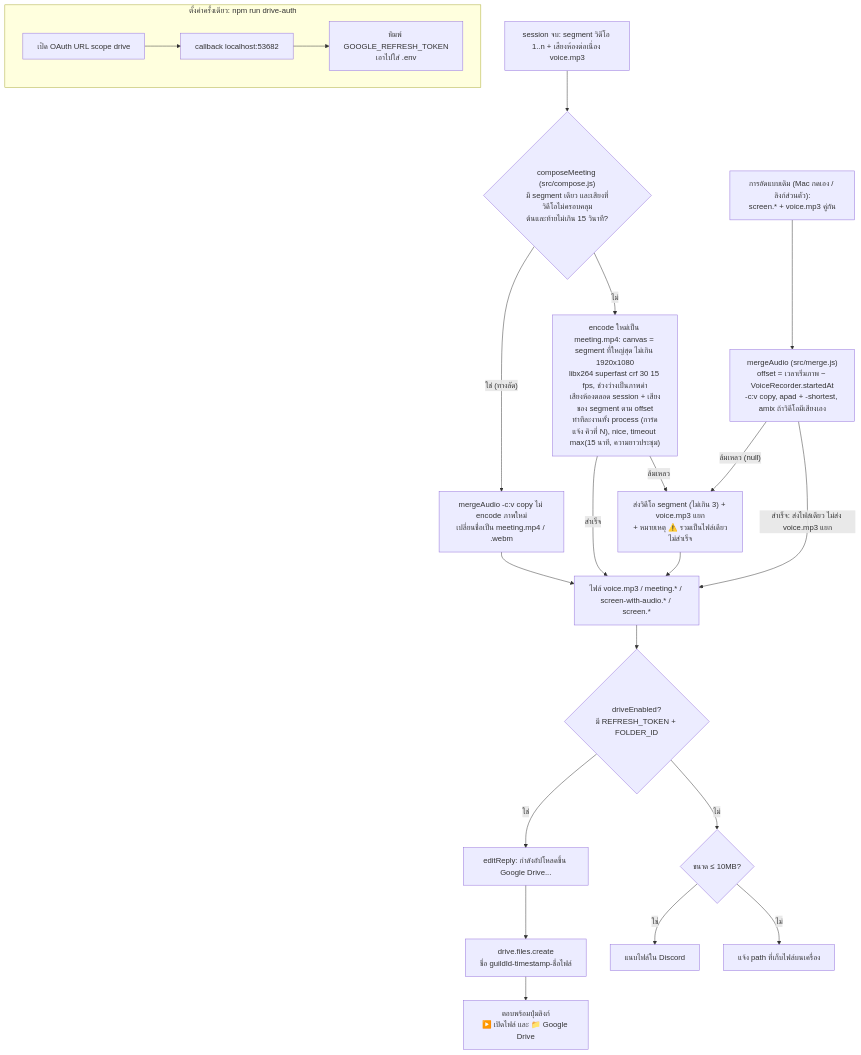
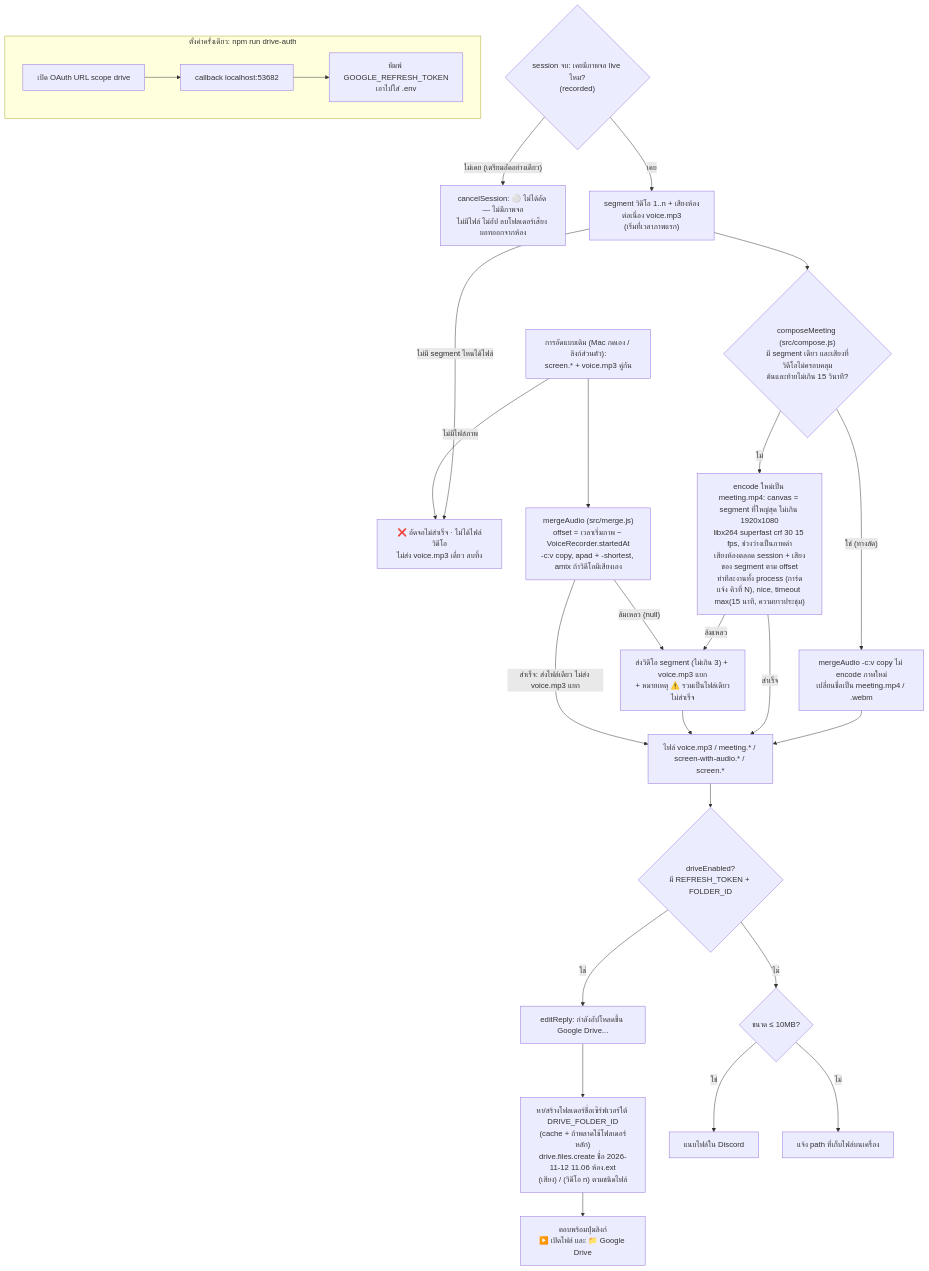
Before and after one commit to rtliz/discord-recorder: the diagram in diagram/08-deliver.md, drawn with Mermaid. The commit also changed other lines of this file and 27 other files, not shown here.

First line of the commit message:
Record nothing until a screen is live; group Drive uploads by server

````diff
--- a/diagram/08-deliver.md
+++ b/diagram/08-deliver.md
@@ -3,23 +3,27 @@
 ```mermaid
 flowchart TD
-    SG["session จบ: segment วิดีโอ 1..n + เสียงห้องต่อเนื่อง voice.mp3"] --> CP{"composeMeeting (src/compose.js)<br/>มี segment เดียว และเสียงที่วิดีโอไม่ครอบคลุม<br/>ต้นและท้ายไม่เกิน 15 วินาที?"}
+    S0{"session จบ: เคยมีภาพจอ live ไหม?<br/>(recorded)"} -->|"ไม่เคย (เตรียมอัดอย่างเดียว)"| NR["cancelSession: ⚪ ไม่ได้อัด — ไม่มีภาพจอ<br/>ไม่มีไฟล์ ไม่อัป ลบโฟลเดอร์เสียง บอทออกจากห้อง"]
+    S0 -->|"เคย"| SG
+    SG["segment วิดีโอ 1..n + เสียงห้องต่อเนื่อง voice.mp3<br/>(เริ่มที่เวลาภาพแรก)"] -->|"ไม่มี segment ไหนได้ไฟล์"| VF["❌ อัดจอไม่สำเร็จ · ไม่ได้ไฟล์วิดีโอ<br/>ไม่ส่ง voice.mp3 เดี่ยว ลบทิ้ง"]
+    SG --> CP{"composeMeeting (src/compose.js)<br/>มี segment เดียว และเสียงที่วิดีโอไม่ครอบคลุม<br/>ต้นและท้ายไม่เกิน 15 วินาที?"}
     CP -->|"ใช่ (ทางลัด)"| FP["mergeAudio -c:v copy ไม่ encode ภาพใหม่<br/>เปลี่ยนชื่อเป็น meeting.mp4 / .webm"]
     CP -->|"ไม่"| RE["encode ใหม่เป็น meeting.mp4: canvas = segment ที่ใหญ่สุด ไม่เกิน 1920x1080<br/>libx264 superfast crf 30 15 fps, ช่วงว่างเป็นภาพดำ<br/>เสียงห้องตลอด session + เสียงของ segment ตาม offset<br/>ทำทีละงานทั้ง process (การ์ดแจ้ง คิวที่ N), nice, timeout max(15 นาที, ความยาวประชุม)"]
     FP --> F
     RE -->|"สำเร็จ"| F
     RE -->|"ล้มเหลว"| F2["ส่งวิดีโอ segment (ไม่เกิน 3) + voice.mp3 แยก<br/>+ หมายเหตุ ⚠️ รวมเป็นไฟล์เดียวไม่สำเร็จ"] --> F
     V["การอัดแบบเดิม (Mac กดเอง / ลิงก์ส่วนตัว):<br/>screen.* + voice.mp3 คู่กัน"] --> M["mergeAudio (src/merge.js)<br/>offset = เวลาเริ่มภาพ − VoiceRecorder.startedAt<br/>-c:v copy, apad + -shortest, amix ถ้าวิดีโอมีเสียงเอง"]
     M -->|"สำเร็จ: ส่งไฟล์เดียว ไม่ส่ง voice.mp3 แยก"| F
     M -->|"ล้มเหลว (null)"| F2
+    V -->|"ไม่มีไฟล์ภาพ"| VF
     F["ไฟล์ voice.mp3 / meeting.* / screen-with-audio.* / screen.*"] --> D{"driveEnabled?<br/>มี REFRESH_TOKEN + FOLDER_ID"}
     D -->|"ใช่"| U1["editReply: กำลังอัปโหลดขึ้น Google Drive..."]
-    U1 --> U2["drive.files.create<br/>ชื่อ guildId-timestamp-ชื่อไฟล์"]
+    U1 --> U2["หา/สร้างโฟลเดอร์ชื่อเซิร์ฟเวอร์ใต้ DRIVE_FOLDER_ID<br/>(cache + ถ้าพลาดใช้โฟลเดอร์หลัก)<br/>drive.files.create ชื่อ 2026-11-12 11.06 ห้อง.ext<br/>(เสียง) / (วิดีโอ n) ตามชนิดไฟล์"]
     U2 --> U3["ตอบพร้อมปุ่มลิงก์<br/>▶️ เปิดไฟล์ และ 📁 Google Drive"]
     D -->|"ไม่"| SZ{"ขนาด ≤ 10MB?"}
     SZ -->|"ใช่"| AT["แนบไฟล์ใน Discord"]
     SZ -->|"ไม่"| PATH["แจ้ง path ที่เก็บไฟล์บนเครื่อง"]
 
     subgraph ONE["ตั้งค่าครั้งเดียว: npm run drive-auth"]
         O1["เปิด OAuth URL scope drive"] --> O2["callback localhost:53682"] --> O3["พิมพ์ GOOGLE_REFRESH_TOKEN<br/>เอาไปใส่ .env"]
     end
 ```
````
